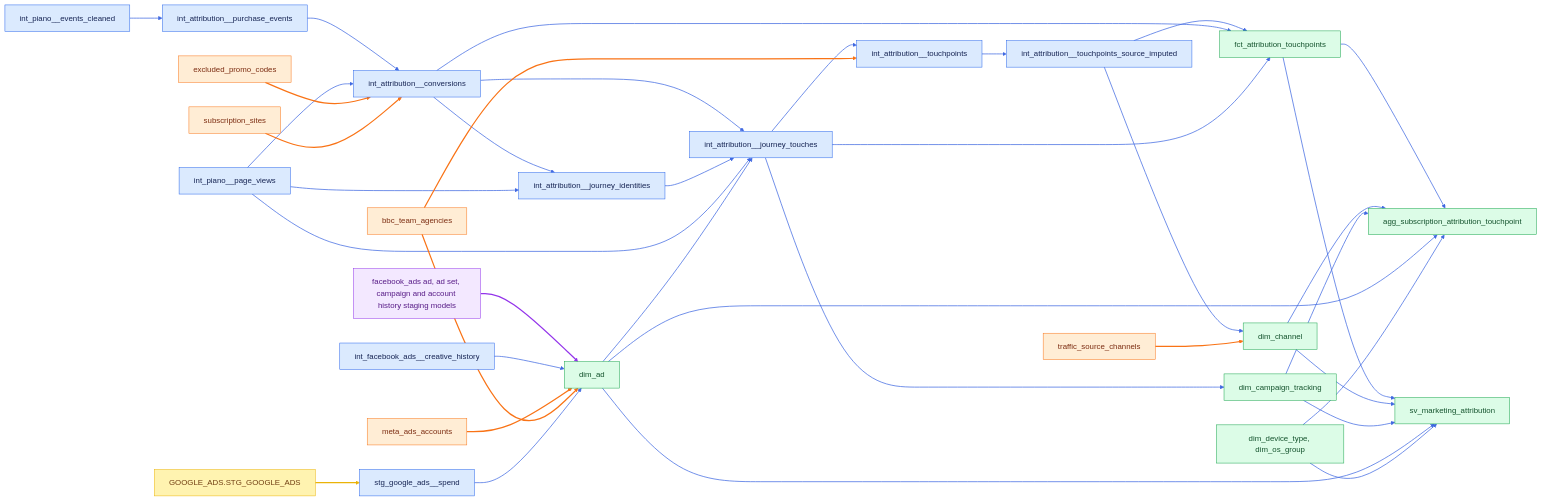
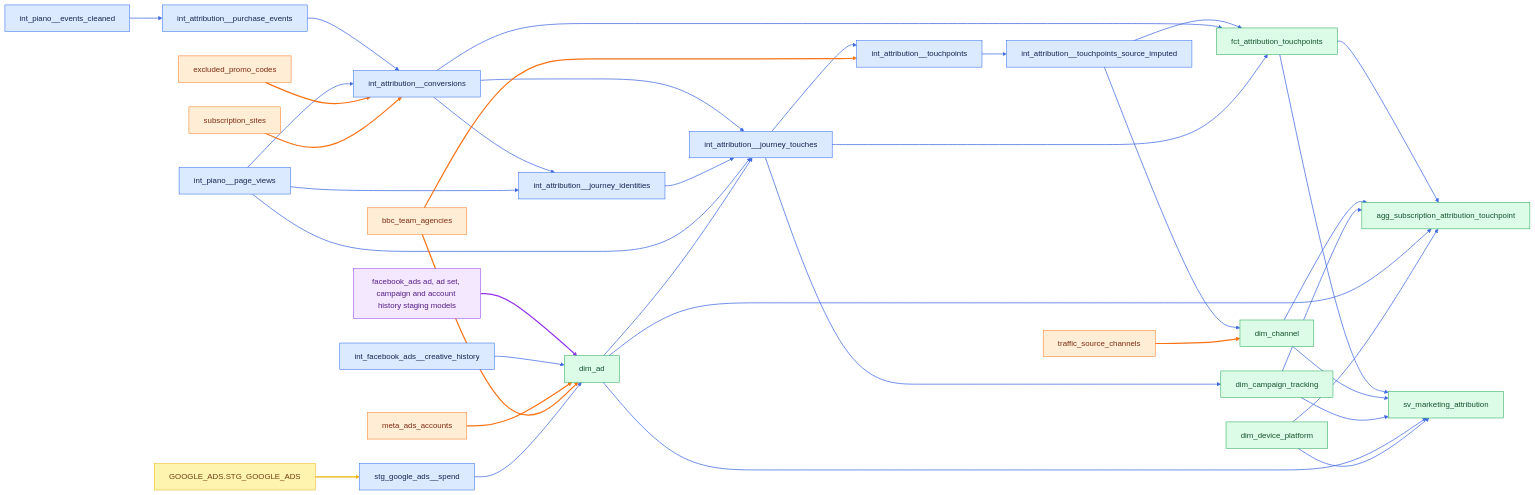
Before and after one commit to angelatanbbc/angela_bbc: the sixth of 9 diagrams in docs/lineage.md, drawn with Mermaid. The commit also changed other lines of this file and 12 other files, not shown here.

First line of the commit message:
Moved the attribution and marketing models onto dim_device_platform

````diff
--- a/docs/lineage.md
+++ b/docs/lineage.md
@@ -187,46 +187,46 @@
 ```mermaid
 graph LR
     classDef seed fill:#ffedd5,stroke:#f97316,color:#7c2d12
     classDef model fill:#dbeafe,stroke:#2563eb,color:#172554
     classDef mart fill:#dcfce7,stroke:#16a34a,color:#14532d
     classDef package fill:#f3e8ff,stroke:#9333ea,color:#581c87
     classDef source fill:#fff3b0,stroke:#eab308,color:#713f12
     purchases["int_attribution__purchase_events"]:::model --> conversions["int_attribution__conversions"]:::model
     page_views["int_piano__page_views"]:::model --> conversions
     promo_codes["excluded_promo_codes"]:::seed --> conversions
     sites["subscription_sites"]:::seed --> conversions
     conversions --> identities["int_attribution__journey_identities"]:::model
     page_views --> identities
     conversions --> touches["int_attribution__journey_touches"]:::model
     identities --> touches
     page_views --> touches
     fb_history["facebook_ads ad, ad set, campaign and account history staging models"]:::package --> ad["dim_ad"]:::mart
     creative["int_facebook_ads__creative_history"]:::model --> ad
     accounts["meta_ads_accounts"]:::seed --> ad
     agencies["bbc_team_agencies"]:::seed --> ad
     ad --> touches
     touches --> touchpoints["int_attribution__touchpoints"]:::model --> imputed["int_attribution__touchpoints_source_imputed"]:::model
     agencies --> touchpoints
     imputed --> channel["dim_channel"]:::mart
     channels_seed["traffic_source_channels"]:::seed --> channel
     touches --> tracking["dim_campaign_tracking"]:::mart
     imputed --> fact["fct_attribution_touchpoints"]:::mart
     conversions --> fact
     touches --> fact
     fact --> agg["agg_subscription_attribution_touchpoint"]:::mart
     channel --> agg
     tracking --> agg
     ad --> agg
-    device["dim_device_type, dim_os_group"]:::mart --> agg
+    device["dim_device_platform"]:::mart --> agg
     fact --> sv["sv_marketing_attribution"]:::mart
     channel --> sv
     tracking --> sv
     ad --> sv
     device --> sv
     google["GOOGLE_ADS.STG_GOOGLE_ADS"]:::source --> google_stg["stg_google_ads__spend"]:::model --> ad
     cleaned["int_piano__events_cleaned"]:::model --> purchases
     linkStyle 0,1,4,5,6,7,8,10,13,14,15,17,19,20,21,22,23,24,25,26,27,28,29,30,31,32,34,35 stroke:#4169e1,stroke-width:1.5px
     linkStyle 2,3,11,12,16,18 stroke:#f97316,stroke-width:2.5px
     linkStyle 9 stroke:#9333ea,stroke-width:2.5px
     linkStyle 33 stroke:#eab308,stroke-width:2.5px
 ```
````
